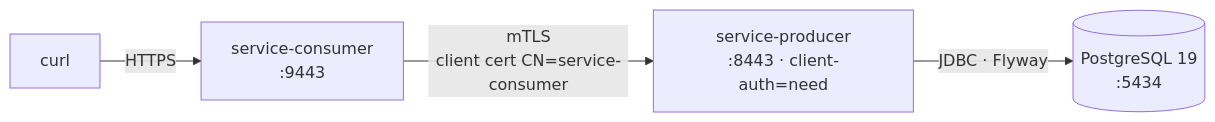
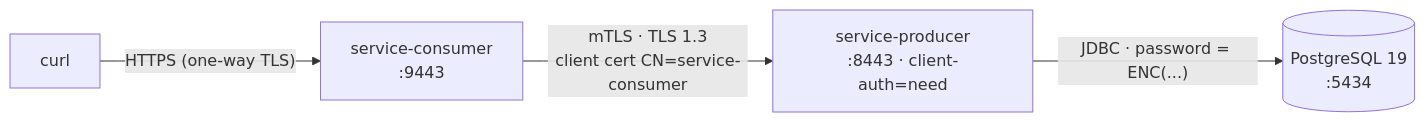
The first of 23 diagrams in README.md (himnay/learning-mtls), drawn with Mermaid before and after one commit. The commit also changed other lines of this file and 2 other files, not shown here.

First line of the commit message:
docs: detailed TLS, PKI and encryption concepts with diagrams

````diff
--- a/README.md
+++ b/README.md
@@ -27,6 +56,6 @@
 ```mermaid
 flowchart LR
-    curl -- "HTTPS" --> C["service-consumer<br/>:9443"]
-    C -- "mTLS<br/>client cert CN=service-consumer" --> P["service-producer<br/>:8443 · client-auth=need"]
-    P -- "JDBC · Flyway" --> DB[("PostgreSQL 19<br/>:5434")]
+    curl -- "HTTPS (one-way TLS)" --> C["service-consumer<br/>:9443"]
+    C -- "mTLS · TLS 1.3<br/>client cert CN=service-consumer" --> P["service-producer<br/>:8443 · client-auth=need"]
+    P -- "JDBC · password = ENC(...)" --> DB[("PostgreSQL 19<br/>:5434")]
 ```
````
